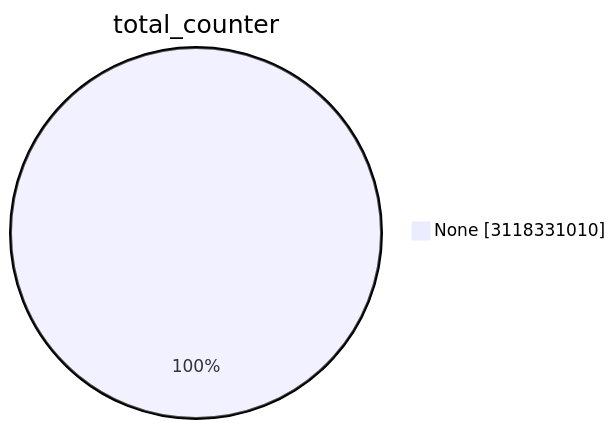
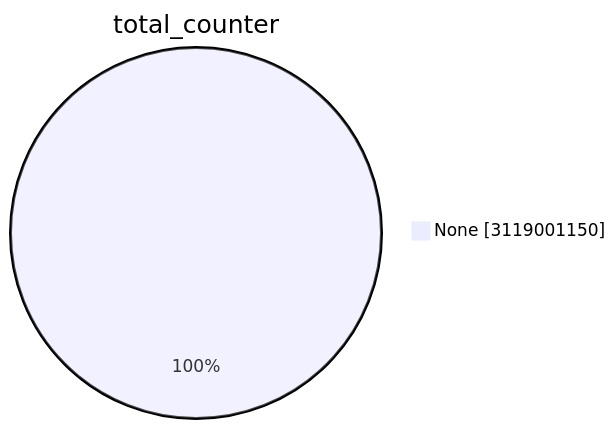
The first of 15 diagrams in TOTAL/README.md (christiankrug/ctmonitor_visualization), drawn with Mermaid before and after one commit. The commit also changed other lines of this file, not shown here.

````diff
--- a/TOTAL/README.md
+++ b/TOTAL/README.md
@@ -1,5 +1,5 @@
 ```mermaid
 pie showData
 title total_counter
-"None" :3118331010
+"None" :3119001150
 ```
````
